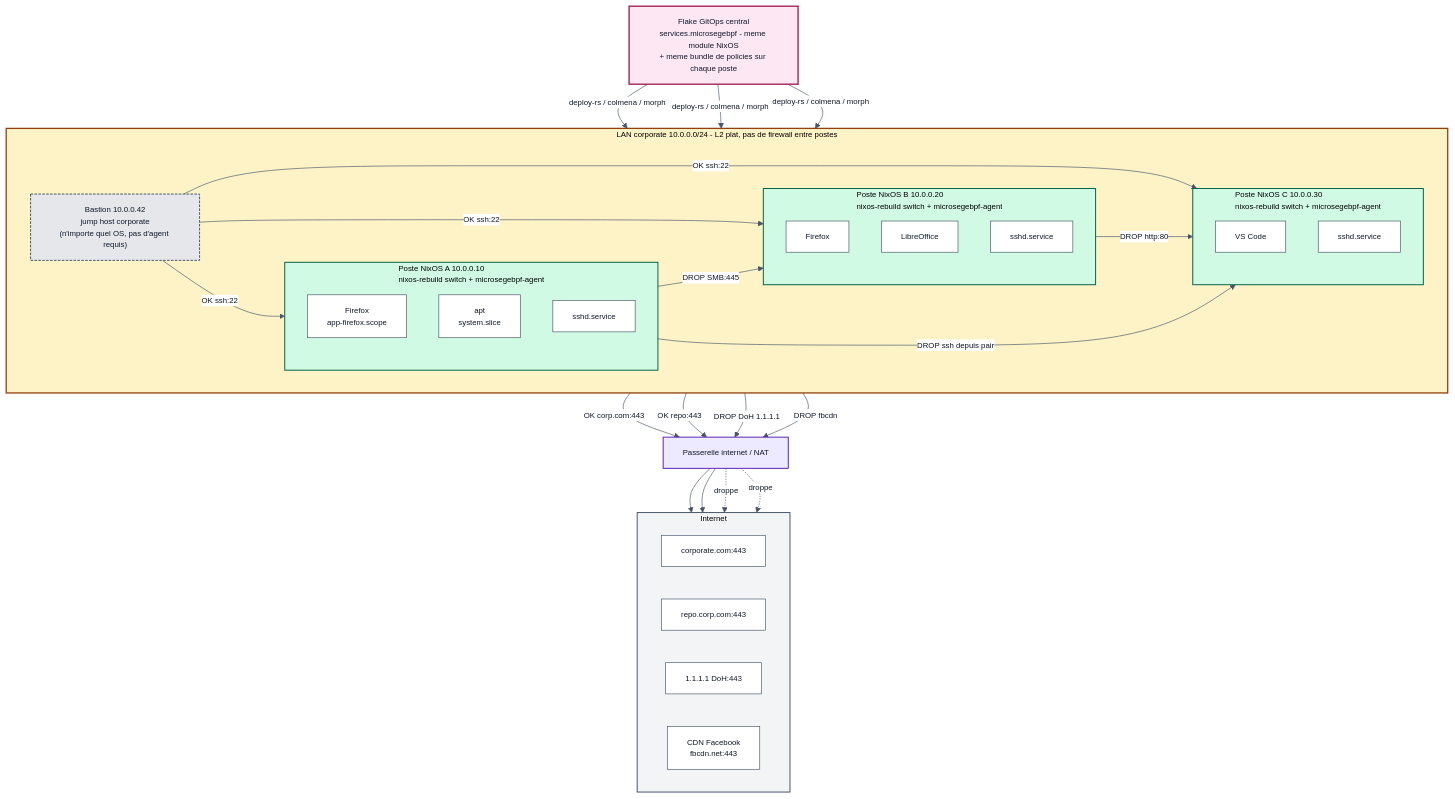
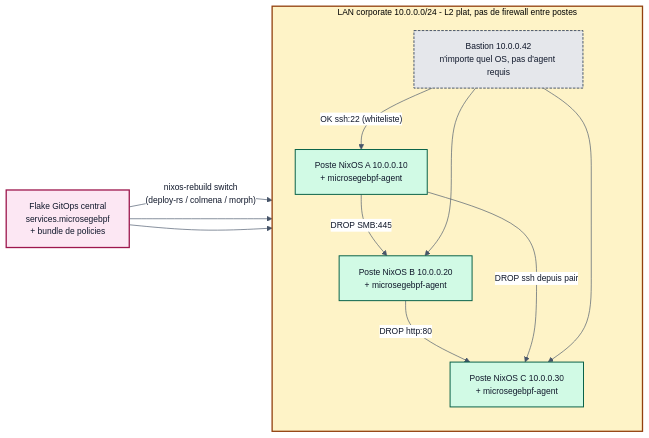
Before and after one commit to aambert/nixos-microsegebpf: the second of 3 diagrams in README.fr.md, drawn with Mermaid. The commit also changed other lines of this file and 1 other file, not shown here.

````diff
--- a/README.fr.md
+++ b/README.fr.md
@@ -150,69 +152,33 @@
 ```mermaid
-%%{init: {'theme':'base','themeVariables':{'primaryColor':'#FFFFFF','primaryTextColor':'#0F172A','primaryBorderColor':'#475569','lineColor':'#475569','fontFamily':'monospace','fontSize':'12px'}}}%%
-flowchart TB
+%%{init: {'theme':'base','themeVariables':{'primaryColor':'#FFFFFF','primaryTextColor':'#0F172A','primaryBorderColor':'#475569','lineColor':'#475569','fontFamily':'monospace','fontSize':'13px'}}}%%
+flowchart LR
 
-GIT["Flake GitOps central<br/>services.microsegebpf - meme module NixOS<br/>+ meme bundle de policies sur chaque poste"]
+GIT["Flake GitOps central<br/>services.microsegebpf<br/>+ bundle de policies"]
 
 subgraph LAN["LAN corporate 10.0.0.0/24 - L2 plat, pas de firewall entre postes"]
-  direction LR
-  subgraph WSA["Poste NixOS A 10.0.0.10<br/>nixos-rebuild switch + microsegebpf-agent"]
-    direction TB
-    A_FF["Firefox<br/>app-firefox.scope"]
-    A_APT["apt<br/>system.slice"]
-    A_SSH["sshd.service"]
-  end
-  subgraph WSB["Poste NixOS B 10.0.0.20<br/>nixos-rebuild switch + microsegebpf-agent"]
-    direction TB
-    B_FF["Firefox"]
-    B_OFF["LibreOffice"]
-    B_SSH["sshd.service"]
-  end
-  subgraph WSC["Poste NixOS C 10.0.0.30<br/>nixos-rebuild switch + microsegebpf-agent"]
-    direction TB
-    C_DEV["VS Code"]
-    C_SSH["sshd.service"]
-  end
-  BAS["Bastion 10.0.0.42<br/>jump host corporate<br/>(n'importe quel OS, pas d'agent requis)"]
+  direction TB
+  WSA["Poste NixOS A 10.0.0.10<br/>+ microsegebpf-agent"]
+  WSB["Poste NixOS B 10.0.0.20<br/>+ microsegebpf-agent"]
+  WSC["Poste NixOS C 10.0.0.30<br/>+ microsegebpf-agent"]
+  BAS["Bastion 10.0.0.42<br/>n'importe quel OS, pas d'agent requis"]
 end
 
-GW["Passerelle internet / NAT"]
-
-subgraph NET["Internet"]
-  direction LR
-  CORP["corporate.com:443"]
-  REPO["repo.corp.com:443"]
-  DOH["1.1.1.1 DoH:443"]
-  FBC["CDN Facebook<br/>fbcdn.net:443"]
-end
-
-GIT -- "deploy-rs / colmena / morph" --> WSA
-GIT -- "deploy-rs / colmena / morph" --> WSB
-GIT -- "deploy-rs / colmena / morph" --> WSC
+GIT -- "nixos-rebuild switch<br/>(deploy-rs / colmena / morph)" --> WSA
+GIT --> WSB
+GIT --> WSC
 
 WSA -- "DROP SMB:445" --> WSB
+WSB -- "DROP http:80" --> WSC
 WSA -- "DROP ssh depuis pair" --> WSC
-WSB -- "DROP http:80" --> WSC
 
-BAS -- "OK ssh:22" --> WSA
-BAS -- "OK ssh:22" --> WSB
-BAS -- "OK ssh:22" --> WSC
-
-A_FF -- "OK corp.com:443" --> GW
-A_APT -- "OK repo:443" --> GW
-B_FF -- "DROP DoH 1.1.1.1" --> GW
-B_FF -- "DROP fbcdn" --> GW
-
-GW --> CORP
-GW --> REPO
-GW -. droppe .-> DOH
-GW -. droppe .-> FBC
+BAS -- "OK ssh:22 (whiteliste)" --> WSA
+BAS --> WSB
+BAS --> WSC
 
 style GIT fill:#FCE7F3,stroke:#9D174D,stroke-width:2px
 style LAN fill:#FEF3C7,stroke:#92400E,stroke-width:2px
 style WSA fill:#D1FAE5,stroke:#065F46,stroke-width:1.5px
 style WSB fill:#D1FAE5,stroke:#065F46,stroke-width:1.5px
 style WSC fill:#D1FAE5,stroke:#065F46,stroke-width:1.5px
 style BAS fill:#E5E7EB,stroke:#475569,stroke-width:1.5px,stroke-dasharray: 4 2
-style GW fill:#EDE9FE,stroke:#5B21B6,stroke-width:1.5px
-style NET fill:#F3F4F6,stroke:#475569,stroke-width:1.5px
 ```
````
